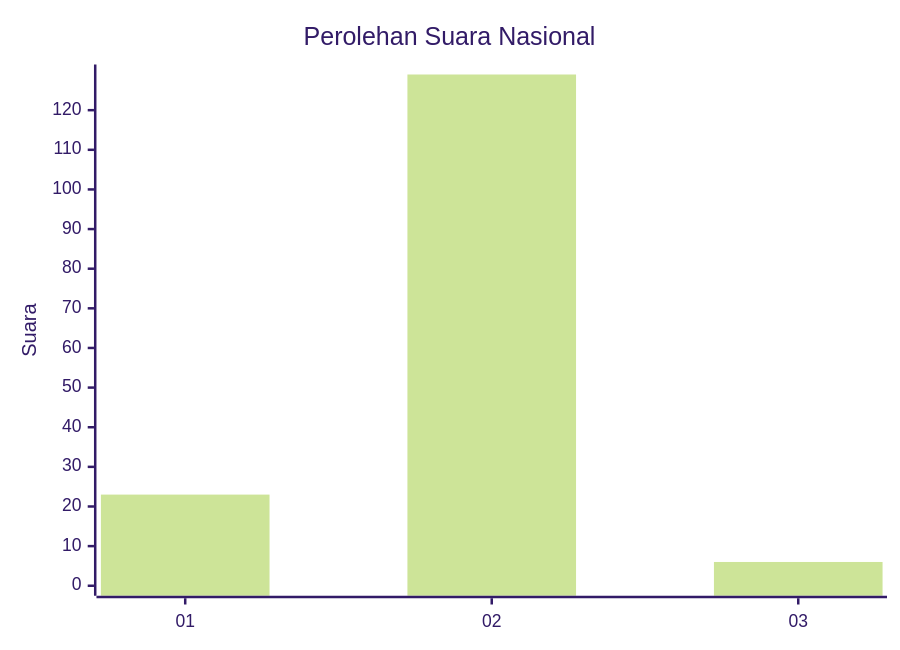
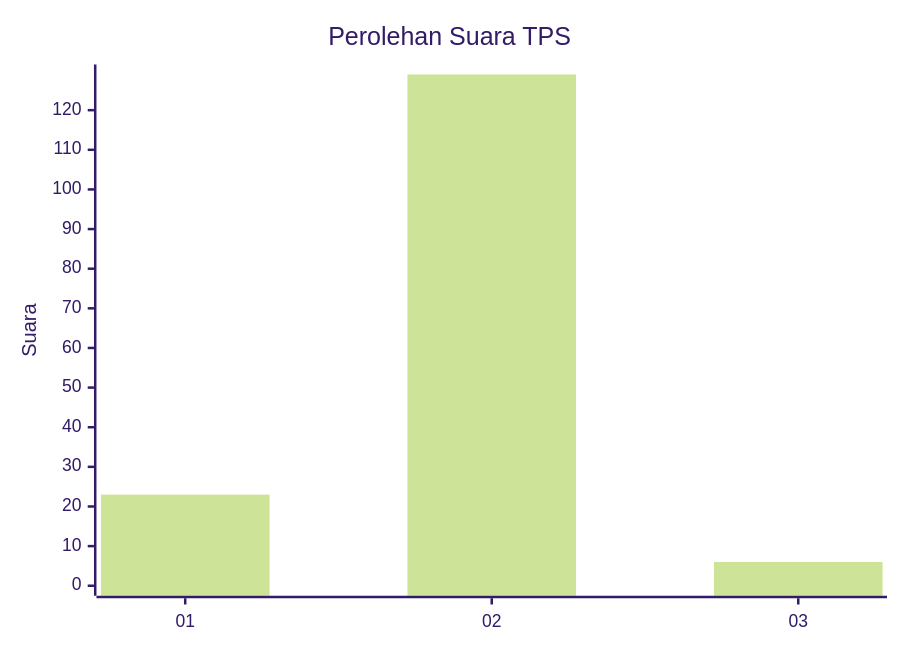
Before and after one commit to gigit-pemilu/pemilu-2024-21-kepulauan-riau: the first of 2 diagrams in pilpres/hitung-suara/sub/21-kepulauan-riau/sub/04-lingga/sub/13-bakung-serumpun/sub/2005-tanjung-lipat/sub/002-tps/README.md, drawn with Mermaid (forest theme). The commit also changed other lines of this file and 596 other files, not shown here.

````diff
--- a/pilpres/hitung-suara/sub/21-kepulauan-riau/sub/04-lingga/sub/13-bakung-serumpun/sub/2005-tanjung-lipat/sub/002-tps/README.md
+++ b/pilpres/hitung-suara/sub/21-kepulauan-riau/sub/04-lingga/sub/13-bakung-serumpun/sub/2005-tanjung-lipat/sub/002-tps/README.md
@@ -5,7 +5,7 @@
 ```mermaid
 xychart-beta
-    title "Perolehan Suara Nasional"
+    title "Perolehan Suara TPS"
     x-axis [01, 02, 03]
     y-axis "Suara" 0 --> 129
     bar [23, 129, 6]
 ```
````
